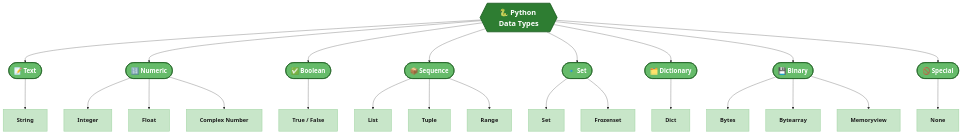
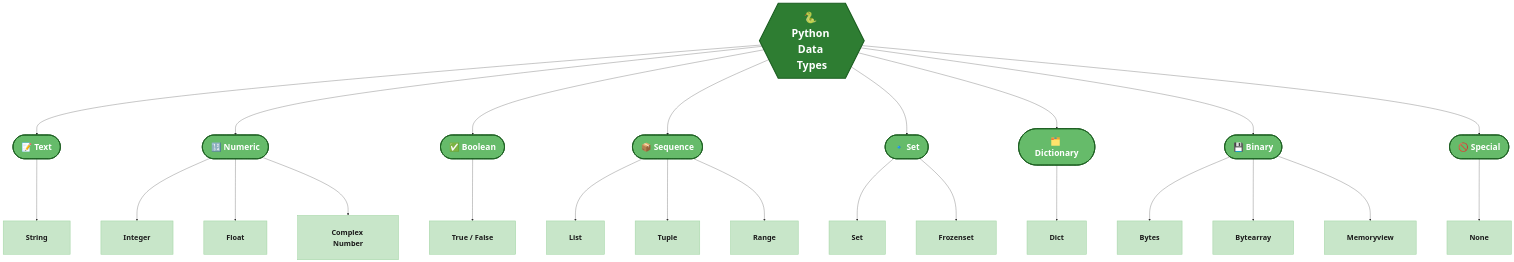
The first of 9 diagrams in 01_ Python_For_ Agentic_ Ai/01 Data types/Readme.md (maliksiddiq/learning-agentic-ai), drawn with Mermaid before and after one commit. The commit also changed other lines of this file, not shown here.

Commit message:
Data_Types_Guide

````diff
--- a/01_ Python_For_ Agentic_ Ai/01 Data types/Readme.md
+++ b/01_ Python_For_ Agentic_ Ai/01 Data types/Readme.md
@@ -22,45 +22,45 @@
 ```mermaid
-%%{init: {'theme': 'base', 'themeVariables': {'background': '#F2F2F2', 'primaryColor': '#C8E6C9', 'primaryTextColor': '#1B1B1B', 'primaryBorderColor': '#A5D6A7', 'lineColor': '#333333', 'fontSize': '22px', 'fontFamily': 'Segoe UI, Arial, sans-serif'}, 'flowchart': {'useMaxWidth': true, 'htmlLabels': true, 'nodeSpacing': 60, 'rankSpacing': 110, 'curve': 'basis', 'padding': 24} } }%%
+%%{init: {'theme': 'base', 'themeVariables': {'background': '#F2F2F2', 'primaryColor': '#C8E6C9', 'primaryTextColor': '#1B1B1B', 'primaryBorderColor': '#A5D6A7', 'lineColor': '#333333', 'fontSize': '30px', 'fontFamily': 'Segoe UI, Arial, sans-serif'}, 'flowchart': {'useMaxWidth': false, 'htmlLabels': true, 'nodeSpacing': 110, 'rankSpacing': 180, 'curve': 'basis', 'padding': 40} } }%%
 flowchart TB
     ROOT{{"🐍 Python Data Types"}}
 
     ROOT --> TEXT(["📝 Text"])
     ROOT --> NUM(["🔢 Numeric"])
     ROOT --> BOOL(["✅ Boolean"])
     ROOT --> SEQ(["📦 Sequence"])
     ROOT --> SET(["🔹 Set"])
     ROOT --> MAP(["🗂️ Dictionary"])
     ROOT --> BIN(["💾 Binary"])
     ROOT --> SPEC(["🚫 Special"])
 
     TEXT --> str["String"]
 
     NUM --> int["Integer"]
     NUM --> float["Float"]
     NUM --> complexn["Complex Number"]
 
     BOOL --> booln["True / False"]
 
     SEQ --> list["List"]
     SEQ --> tuple["Tuple"]
     SEQ --> range["Range"]
 
     SET --> set1["Set"]
     SET --> frozenset["Frozenset"]
 
     MAP --> dict["Dict"]
 
     BIN --> bytes["Bytes"]
     BIN --> bytearray["Bytearray"]
     BIN --> memoryview["Memoryview"]
 
     SPEC --> none["None"]
 
-    classDef root fill:#2E7D32,color:#FFFFFF,stroke:#1B5E20,stroke-width:3px,font-weight:bold,font-size:26px
-    classDef category fill:#66BB6A,color:#FFFFFF,stroke:#1B5E20,stroke-width:2px,font-weight:bold,font-size:22px
-    classDef leaf fill:#C8E6C9,color:#1B1B1B,stroke:#A5D6A7,stroke-width:2px,font-weight:bold,font-size:20px
+    classDef root fill:#2E7D32,color:#FFFFFF,stroke:#1B5E20,stroke-width:4px,font-weight:bold,font-size:38px
+    classDef category fill:#66BB6A,color:#FFFFFF,stroke:#1B5E20,stroke-width:3px,font-weight:bold,font-size:30px
+    classDef leaf fill:#C8E6C9,color:#1B1B1B,stroke:#A5D6A7,stroke-width:2px,font-weight:bold,font-size:26px
 
     class ROOT root
     class TEXT,NUM,BOOL,SEQ,SET,MAP,BIN,SPEC category
     class str,int,float,complexn,booln,list,tuple,range,set1,frozenset,dict,bytes,bytearray,memoryview,none leaf
 ```
````
